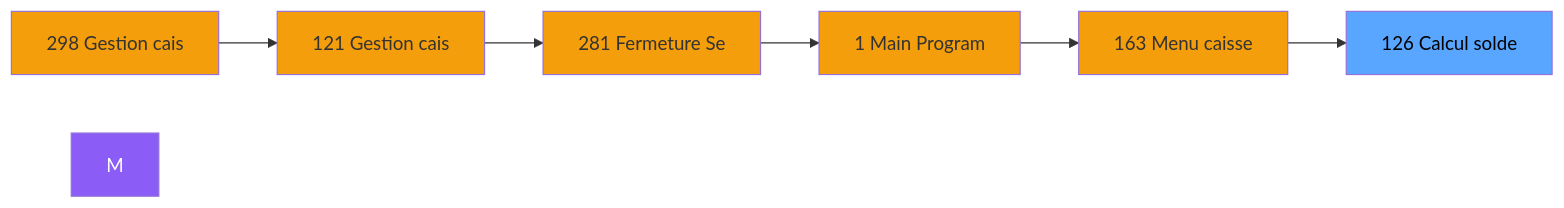
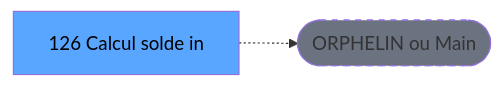
The second of 3 diagrams in .openspec/specs/ADH-IDE-126.md (thonyAGP/lecteur-magic), drawn with Mermaid before and after one commit. The commit also changed other lines of this file and 701 other files, not shown here.

````diff
--- a/.openspec/specs/ADH-IDE-126.md
+++ b/.openspec/specs/ADH-IDE-126.md
@@ -122,21 +123,8 @@
 ```mermaid
 graph LR
-    N298[298 Gestion cais]
-    N121[121 Gestion cais]
-    N281[281 Fermeture Se]
-    N1[1 Main Program]
-    N163[163 Menu caisse ]
-    T[126 Calcul solde]
-    N298 --> N121
-    N121 --> N281
-    N281 --> N1
-    N1 --> N163
-    N163 --> T
-    style M fill:#8b5cf6,color:#fff
-    style N298 fill:#f59e0b
-    style N121 fill:#f59e0b
-    style N281 fill:#f59e0b
-    style N1 fill:#f59e0b
-    style N163 fill:#f59e0b
+    T[126 Calcul solde in]
+    ORPHAN([ORPHELIN ou Main])
+    T -.-> ORPHAN
     style T fill:#58a6ff,color:#000
+    style ORPHAN fill:#6b7280,stroke-dasharray: 5 5
 ```
````
